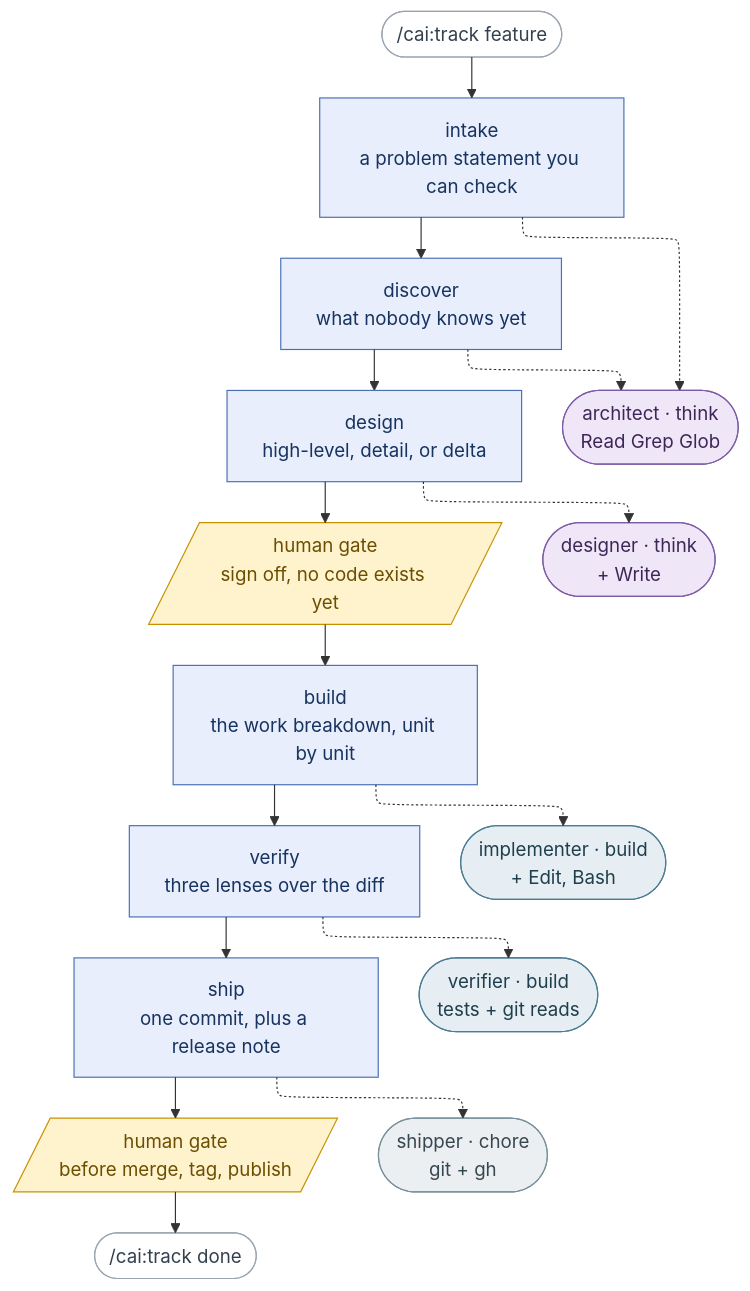
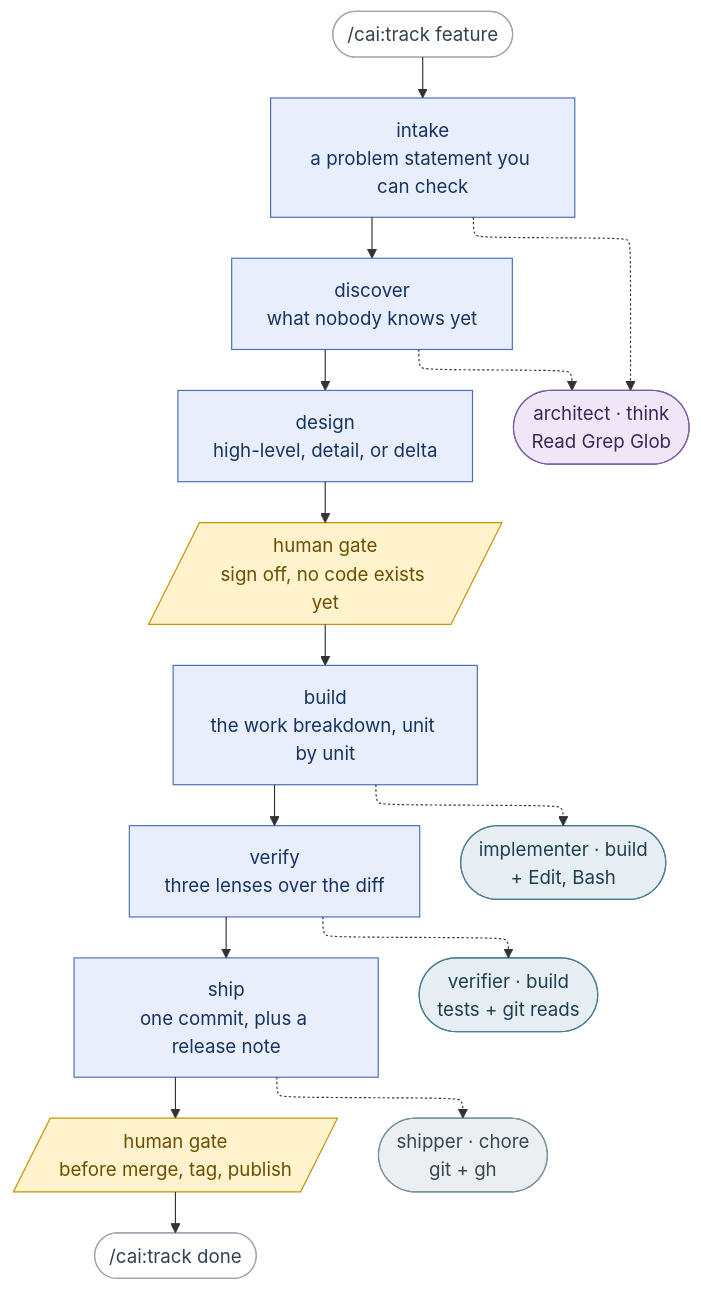
The diagram in README.md (millerlai/claude-all-in-one), drawn with Mermaid before and after one commit. The commit also changed other lines of this file and 8 other files, not shown here.

````diff
--- a/README.md
+++ b/README.md
@@ -50,45 +52,43 @@
 ```mermaid
 ---
 config:
   flowchart:
     defaultRenderer: "elk"
 ---
 flowchart TB
     START(["/cai:track feature"]) --> S1
 
     S1["intake<br/>a problem statement you can check"] --> S2
     S2["discover<br/>what nobody knows yet"] --> S3
     S3["design<br/>high-level, detail, or delta"] --> HG1
     HG1[/"human gate<br/>sign off, no code exists yet"/] --> S4
     S4["build<br/>the work breakdown, unit by unit"] --> S5
     S5["verify<br/>three lenses over the diff"] --> S6
     S6["ship<br/>one commit, plus a release note"] --> HG2
     HG2[/"human gate<br/>before merge, tag, publish"/] --> DONE(["/cai:track done"])
 
     S1 -.-> AR
     S2 -.-> AR
-    S3 -.-> DE
     S4 -.-> IM
     S5 -.-> VE
     S6 -.-> SH
 
     AR(["architect · think<br/>Read Grep Glob"])
-    DE(["designer · think<br/>+ Write"])
     IM(["implementer · build<br/>+ Edit, Bash"])
     VE(["verifier · build<br/>tests + git reads"])
     SH(["shipper · chore<br/>git + gh"])
 
     classDef stage fill:#e8eefc,stroke:#4a6fb5,color:#17335f
     classDef human fill:#fff3cd,stroke:#c79100,color:#6b4e00
     classDef think fill:#efe6f7,stroke:#7d5ba6,color:#3d2757
     classDef build fill:#e6eef3,stroke:#4a7c94,color:#1f3f4d
     classDef chore fill:#eceff1,stroke:#78909c,color:#37474f
     classDef ends fill:#ffffff,stroke:#9aa5b1,color:#33404d
 
     class S1,S2,S3,S4,S5,S6 stage
     class HG1,HG2 human
-    class AR,DE think
+    class AR think
     class IM,VE build
     class SH chore
     class START,DONE ends
 ```
````
